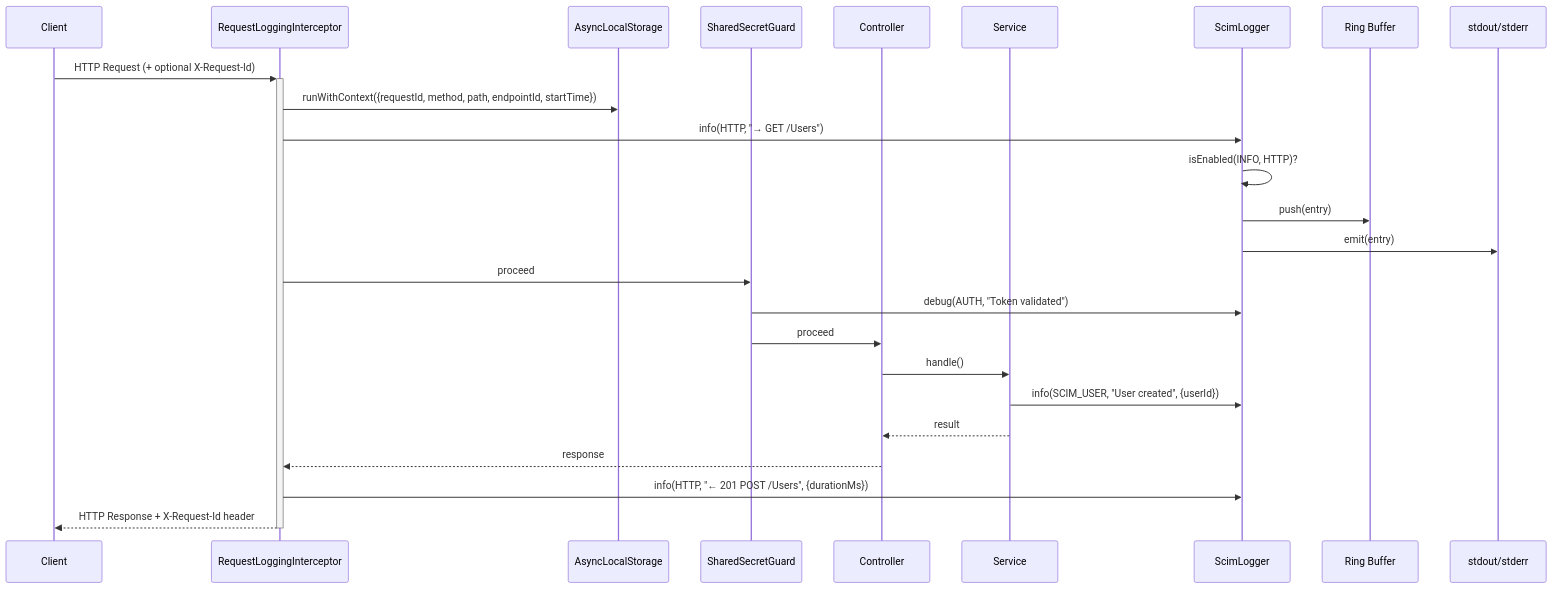
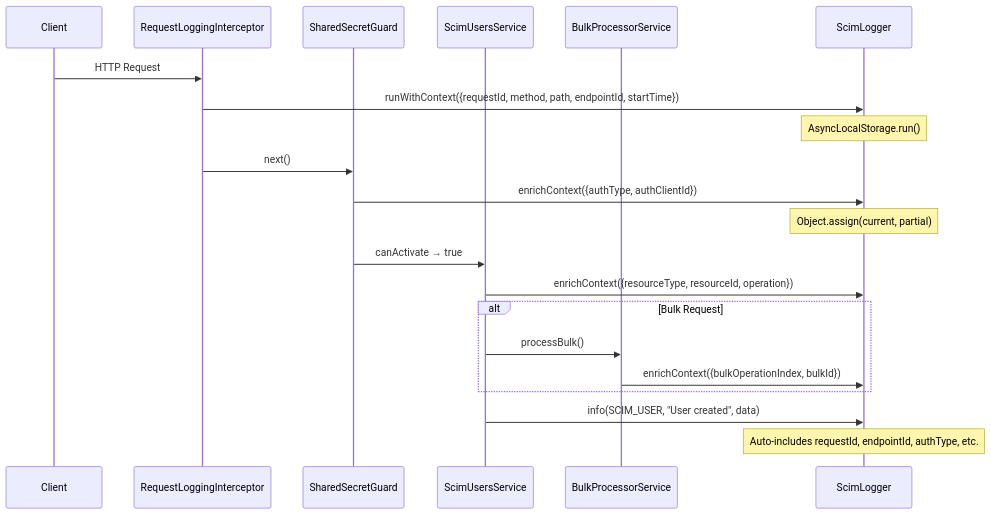
The first of 4 diagrams in docs/LOGGING_AND_OBSERVABILITY.md (pranems/SCIMServer), drawn with Mermaid before and after one commit. The commit also changed other lines of this file and 7 other files, not shown here.

````diff
--- a/docs/LOGGING_AND_OBSERVABILITY.md
+++ b/docs/LOGGING_AND_OBSERVABILITY.md
@@ -96,28 +208,28 @@
 ```mermaid
 sequenceDiagram
     participant Client
     participant Interceptor as RequestLoggingInterceptor
-    participant ALS as AsyncLocalStorage
     participant Guard as SharedSecretGuard
-    participant Controller
-    participant Service
+    participant Service as ScimUsersService
+    participant Bulk as BulkProcessorService
     participant Logger as ScimLogger
-    participant Buffer as Ring Buffer
-    participant Console as stdout/stderr
 
-    Client->>+Interceptor: HTTP Request (+ optional X-Request-Id)
-    Interceptor->>ALS: runWithContext({requestId, method, path, endpointId, startTime})
-    Interceptor->>Logger: info(HTTP, "→ GET /Users")
-    Logger->>Logger: isEnabled(INFO, HTTP)?
-    Logger->>Buffer: push(entry)
-    Logger->>Console: emit(entry)
-    Interceptor->>Guard: proceed
-    Guard->>Logger: debug(AUTH, "Token validated")
-    Guard->>Controller: proceed
-    Controller->>Service: handle()
-    Service->>Logger: info(SCIM_USER, "User created", {userId})
-    Service-->>Controller: result
-    Controller-->>Interceptor: response
-    Interceptor->>Logger: info(HTTP, "← 201 POST /Users", {durationMs})
-    Interceptor-->>-Client: HTTP Response + X-Request-Id header
+    Client->>Interceptor: HTTP Request
+    Interceptor->>Logger: runWithContext({requestId, method, path, endpointId, startTime})
+    Note over Logger: AsyncLocalStorage.run()
+
+    Interceptor->>Guard: next()
+    Guard->>Logger: enrichContext({authType, authClientId})
+    Note over Logger: Object.assign(current, partial)
+
+    Guard->>Service: canActivate → true
+    Service->>Logger: enrichContext({resourceType, resourceId, operation})
+
+    alt Bulk Request
+        Service->>Bulk: processBulk()
+        Bulk->>Logger: enrichContext({bulkOperationIndex, bulkId})
+    end
+
+    Service->>Logger: info(SCIM_USER, "User created", data)
+    Note over Logger: Auto-includes requestId, endpointId, authType, etc.
 ```
````
